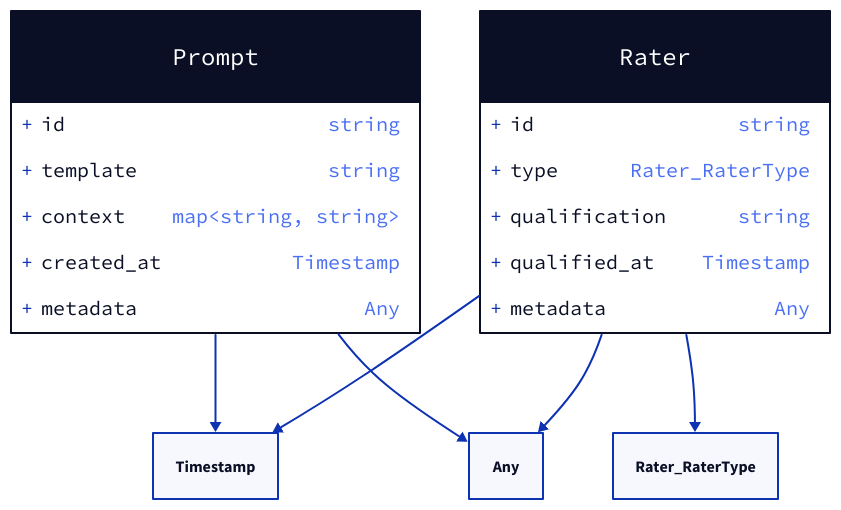
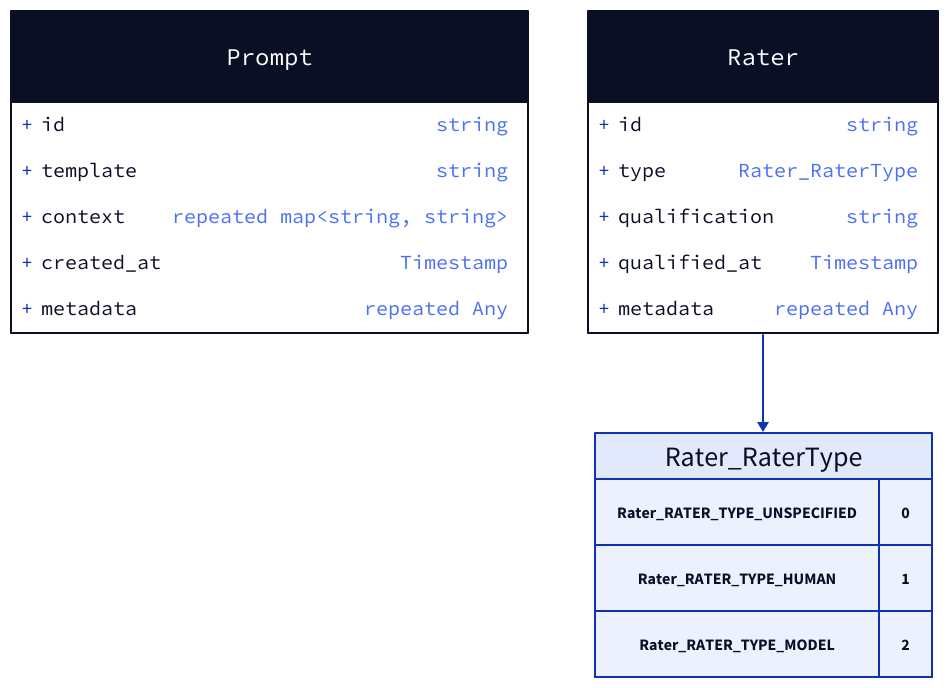
Before and after one commit to tmc/language-model-management: the diagram in docs/llm/v1/prompt.d2, drawn with D2. The commit also changed other lines of this file and 8 other files, not shown here.

```diff
--- a/docs/llm/v1/prompt.d2
+++ b/docs/llm/v1/prompt.d2
@@ -1,27 +1,38 @@
 
 # Package - llm.v1
 
 # Class - Prompt
 Prompt: {
   shape: class
   id: string
   template: string
-  context: map<string, string>
+  context: repeated map<string, string>
   created_at: Timestamp
-  metadata: Any
+  metadata: repeated Any
 }
-Prompt -> Timestamp
-Prompt -> Any
+
 
 # Class - Rater
 Rater: {
   shape: class
   id: string
   type: Rater_RaterType
   qualification: string
   qualified_at: Timestamp
-  metadata: Any
+  metadata: repeated Any
 }
+
+  
+# Enum - Rater_RaterType
+Rater_RaterType: {
+  grid-columns: 2
+  grid-gap: 0
+  Rater_RATER_TYPE_UNSPECIFIED
+  Rater_RATER_TYPE_HUMAN
+  Rater_RATER_TYPE_MODEL
+  0
+  1
+  2
+}
+
 Rater -> Rater_RaterType
-Rater -> Timestamp
-Rater -> Any
```
